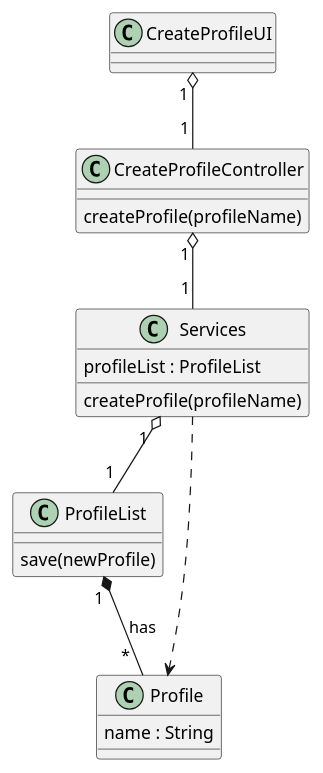
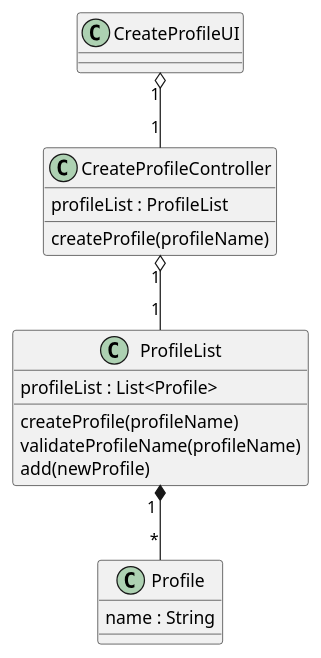
The diagram in docs/modelling_design/user_stories/us001/US001_CreateProfileCD.puml (ivo-menezes/project_g3), drawn with PlantUML before and after one commit. The commit also changed 3 other files, not shown here.

Commit message:
US001: Implementation: updates to SD and CD, methods of ProfileList

```diff
--- a/docs/modelling_design/user_stories/us001/US001_CreateProfileCD.puml
+++ b/docs/modelling_design/user_stories/us001/US001_CreateProfileCD.puml
@@ -1,29 +1,27 @@
 @startuml
 
 class CreateProfileUI {
 }
 
 class CreateProfileController {
-createProfile(profileName)
-}
-
-class Services {
 profileList : ProfileList
 createProfile(profileName)
 }
 
+
 class ProfileList {
-save(newProfile)
+profileList : List<Profile>
+createProfile(profileName)
+validateProfileName(profileName)
+add(newProfile)
 }
 
 class Profile {
 name : String
 }
 
-CreateProfileUI "        1" o-- "         1" CreateProfileController
-CreateProfileController "        1" o-- "         1" Services
-Services "                    1" o-- "         1" ProfileList
-Services ..> Profile
-ProfileList "        1" *-- "                      *" Profile : has
+CreateProfileUI "1" o-- "1" CreateProfileController
+CreateProfileController "1" o-- "1" ProfileList
+ProfileList "1 " *-- "    *" Profile
 
 @enduml
```
